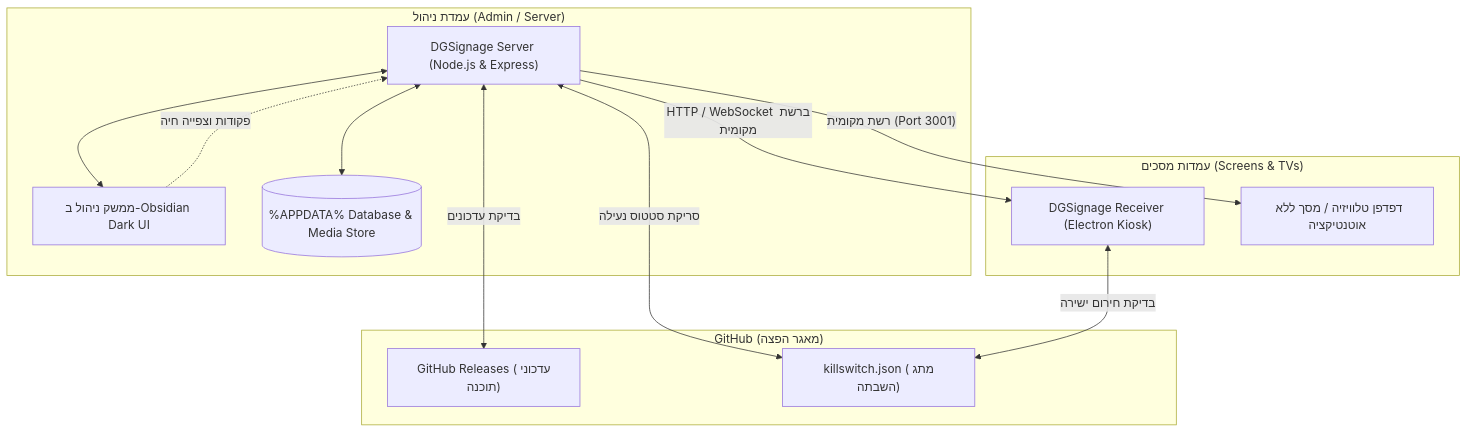
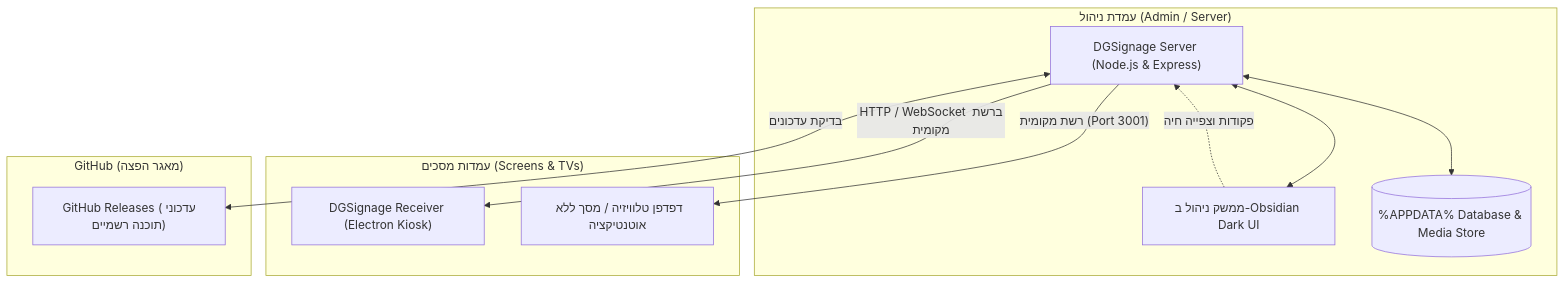
One commit to Hero-Ghost/dgsignage-releases changed the diagram in README.md. Above: the diagram before and after it, drawn with Mermaid. The commit also changed other lines of this file, not shown here.

````diff
--- a/README.md
+++ b/README.md
@@ -126,28 +97,25 @@
 ```mermaid
 flowchart TD
     subgraph ManagerSide ["עמדת ניהול (Admin / Server)"]
         ServerApp["DGSignage Server (Node.js & Express)"]
         AdminUI["ממשק ניהול ב-Obsidian Dark UI"]
         LocalData[("%APPDATA% Database & Media Store")]
         ServerApp <--> AdminUI
         ServerApp <--> LocalData
     end
 
     subgraph ScreensSide ["עמדות מסכים (Screens & TVs)"]
         ReceiverApp["DGSignage Receiver (Electron Kiosk)"]
         SmartTV["דפדפן טלוויזיה / מסך ללא אוטנטיקציה"]
     end
 
     subgraph GitHubRel ["GitHub (מאגר הפצה)"]
-        Releases["GitHub Releases (עדכוני תוכנה)"]
-        KillSwitch["killswitch.json (מתג השבתה)"]
+        Releases["GitHub Releases (עדכוני תוכנה רשמיים)"]
     end
 
     AdminUI -. פקודות וצפייה חיה .-> ServerApp
     ServerApp -- HTTP / WebSocket ברשת מקומית --> ReceiverApp
     ServerApp -- רשת מקומית (Port 3001) --> SmartTV
 
     ServerApp <-- בדיקת עדכונים --> Releases
-    ServerApp <-- סריקת סטטוס נעילה --> KillSwitch
-    ReceiverApp <-- בדיקת חירום ישירה --> KillSwitch
 ```
````
